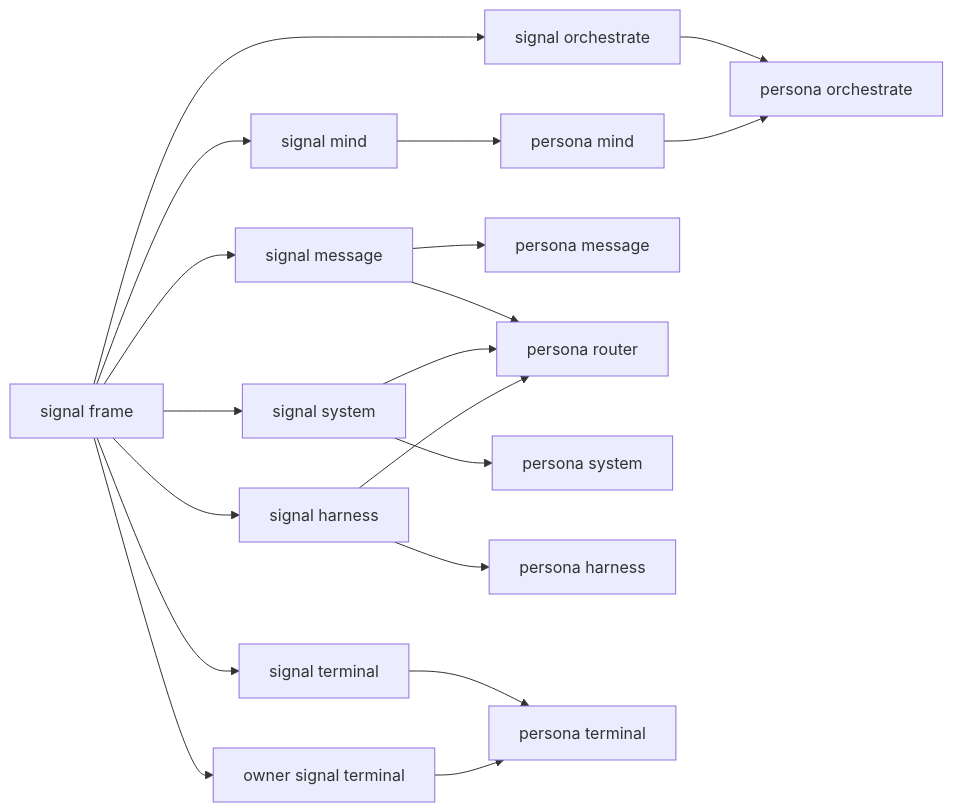
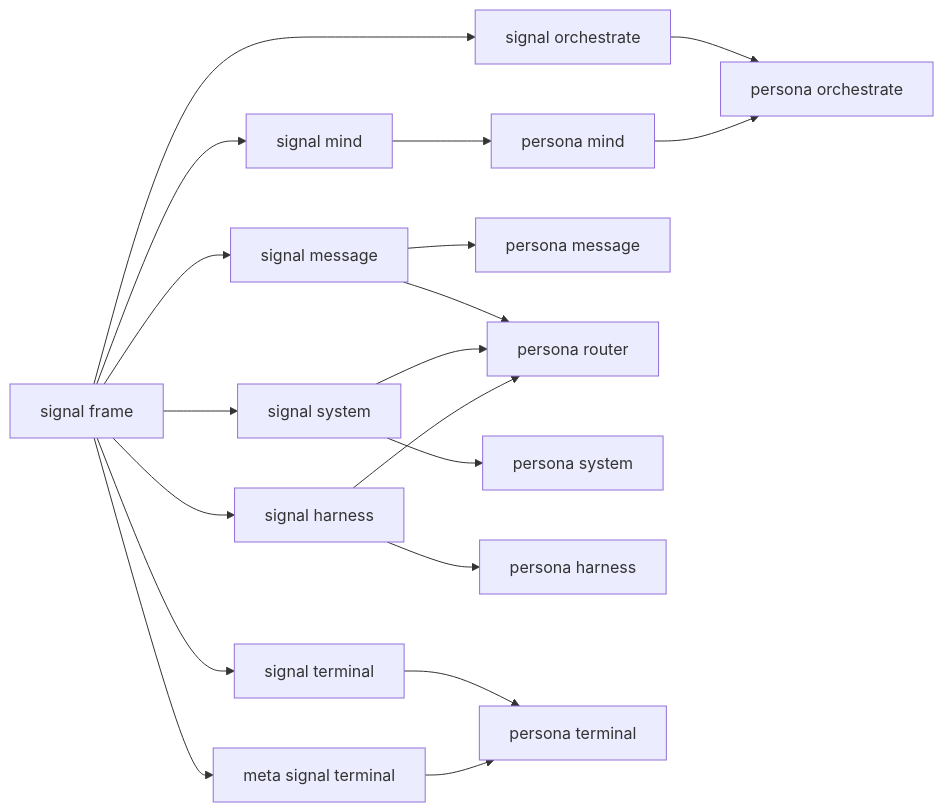
Before and after one commit to LiGoldragon/persona: the second of 9 diagrams in ARCHITECTURE.md, drawn with Mermaid. The commit also changed other lines of this file and 6 other files, not shown here.

Commit message:
persona: depend on meta terminal policy contract

````diff
--- a/ARCHITECTURE.md
+++ b/ARCHITECTURE.md
@@ -217,21 +217,21 @@
 ```mermaid
 graph LR
     signal_frame[signal frame] --> mind_contract[signal mind]
     signal_frame --> orchestrate_contract[signal orchestrate]
     signal_frame --> message_contract[signal message]
     signal_frame --> system_contract[signal system]
     signal_frame --> harness_contract[signal harness]
     signal_frame --> terminal_contract[signal terminal]
-    signal_frame --> owner_terminal_contract[owner signal terminal]
+    signal_frame --> meta_terminal_contract[meta signal terminal]
     mind_contract --> mind[persona mind]
     orchestrate_contract --> orchestrate[persona orchestrate]
     mind --> orchestrate
     message_contract --> message[persona message]
     message_contract --> router[persona router]
     system_contract --> system[persona system]
     system_contract --> router
     harness_contract --> router
     harness_contract --> harness[persona harness]
     terminal_contract --> terminal[persona terminal]
-    owner_terminal_contract --> terminal
+    meta_terminal_contract --> terminal
 ```
````
